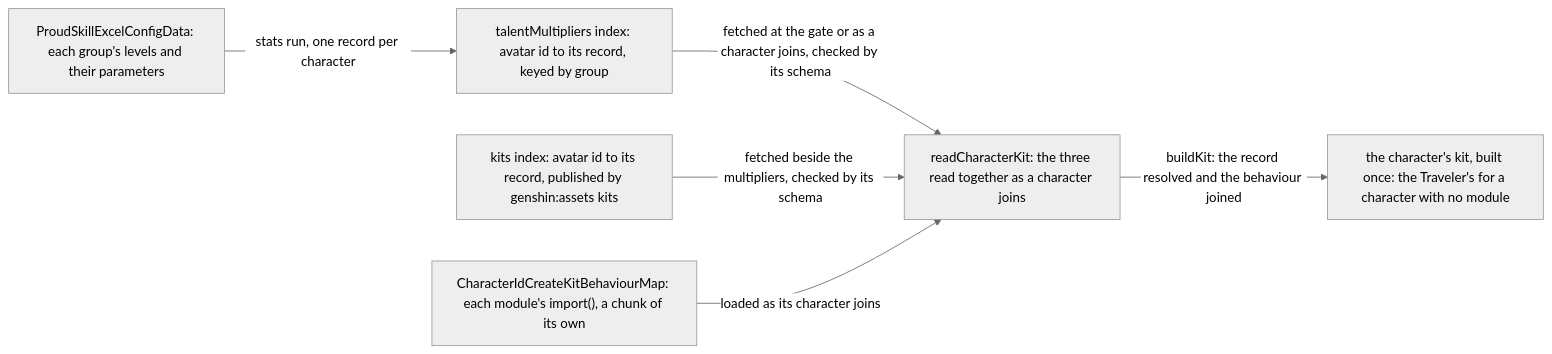
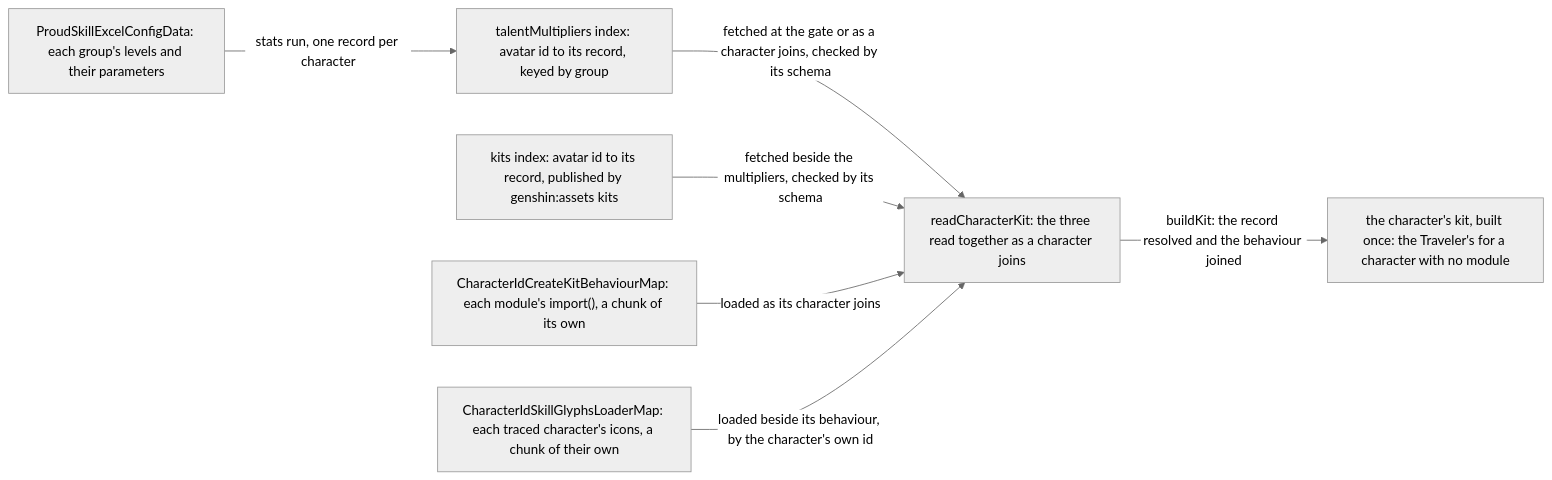
Before and after one commit to Esposter/Esposter: the second of 5 diagrams in apps/web/content/docs/genshin/kits/index.md, drawn with Mermaid (neutral theme). The commit also changed other lines of this file and 24 other files, not shown here.

````diff
--- a/apps/web/content/docs/genshin/kits/index.md
+++ b/apps/web/content/docs/genshin/kits/index.md
@@ -32,8 +32,9 @@
 ```mermaid
 flowchart LR
   P["ProudSkillExcelConfigData: each group's levels and their parameters"] -->|"stats run, one record per character"| M["talentMultipliers index: avatar id to its record, keyed by group"]
   M -->|"fetched at the gate or as a character joins, checked by its schema"| R["readCharacterKit: the three read together as a character joins"]
   K["kits index: avatar id to its record, published by genshin:assets kits"] -->|"fetched beside the multipliers, checked by its schema"| R
   C["CharacterIdCreateKitBehaviourMap: each module's import(), a chunk of its own"] -->|"loaded as its character joins"| R
+  G["CharacterIdSkillGlyphsLoaderMap: each traced character's icons, a chunk of their own"] -->|"loaded beside its behaviour, by the character's own id"| R
   R -->|"buildKit: the record resolved and the behaviour joined"| T["the character's kit, built once: the Traveler's for a character with no module"]
 ```
````
